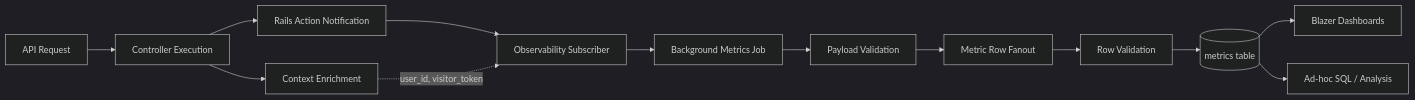
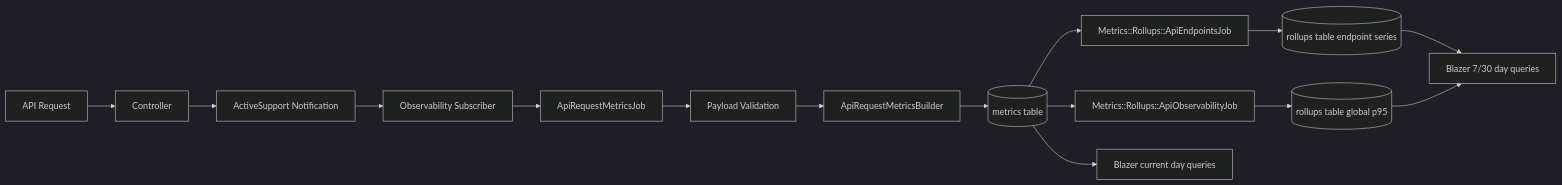
One commit to scarrick68/api-template changed the diagram in docs/metrics-model.md. Above: the diagram before and after it, drawn with Mermaid (dark theme). The commit also changed other lines of this file and 2 other files, not shown here.

Commit message:
docs: Documentation for API metrics modeling and flow. Architecture decision record for metrics modeling and flow.

````diff
--- a/docs/metrics-model.md
+++ b/docs/metrics-model.md
@@ -21,18 +47,21 @@
 ```mermaid
 flowchart LR
-  A[API Request] --> B[Controller Execution]
-  B --> C[Rails Action Notification]
+  A[API Request] --> B[Controller]
+  B --> C[ActiveSupport Notification]
   C --> D[Observability Subscriber]
-  D --> E[Background Metrics Job]
+  D --> E[ApiRequestMetricsJob]
 
   E --> F[Payload Validation]
-  F --> G[Metric Row Fanout]
-  G --> H[Row Validation]
-  H --> I[(metrics table)]
+  F --> G[ApiRequestMetricsBuilder]
+  G --> H[(metrics table)]
 
-  I --> J[Blazer Dashboards]
-  I --> K[Ad-hoc SQL / Analysis]
+  H --> I[Metrics::Rollups::ApiEndpointsJob]
+  H --> J[Metrics::Rollups::ApiObservabilityJob]
 
-  B --> L[Context Enrichment]
-  L -. user_id, visitor_token .-> D
+  I --> K[(rollups table endpoint series)]
+  J --> L[(rollups table global p95)]
+
+  H --> M[Blazer current day queries]
+  K --> N[Blazer 7/30 day queries]
+  L --> N
 ```
````
